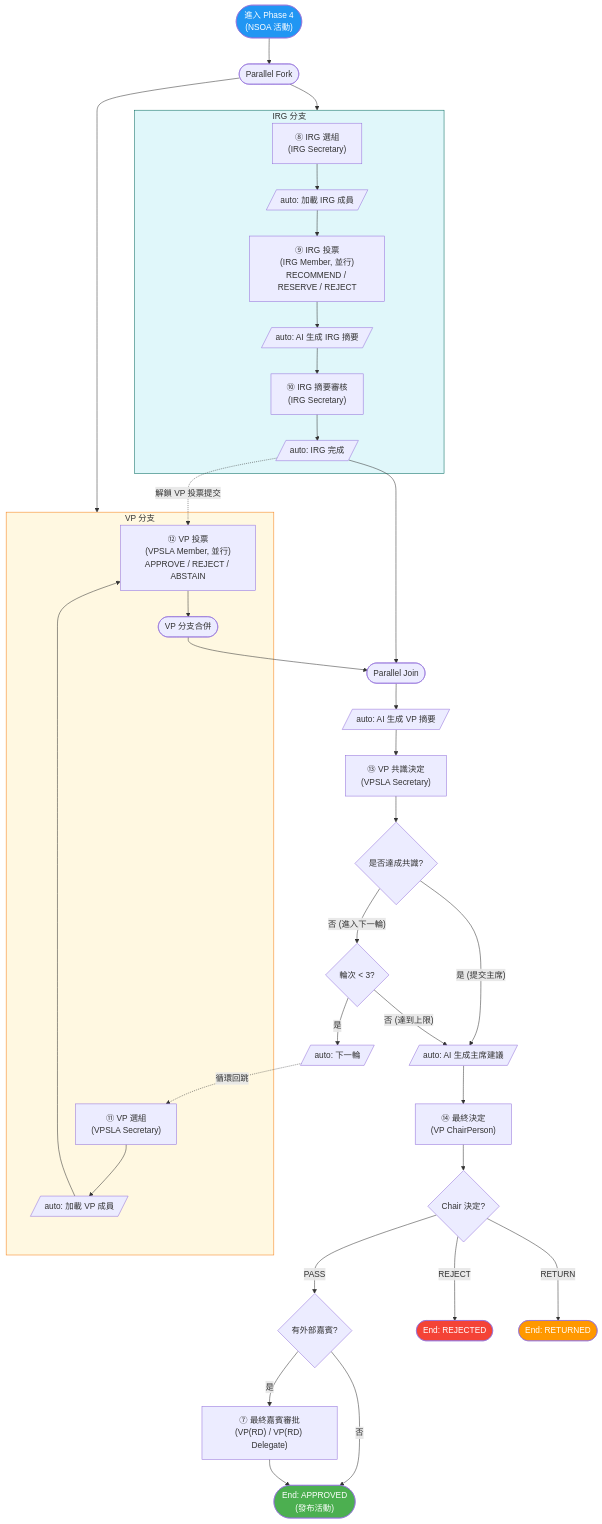
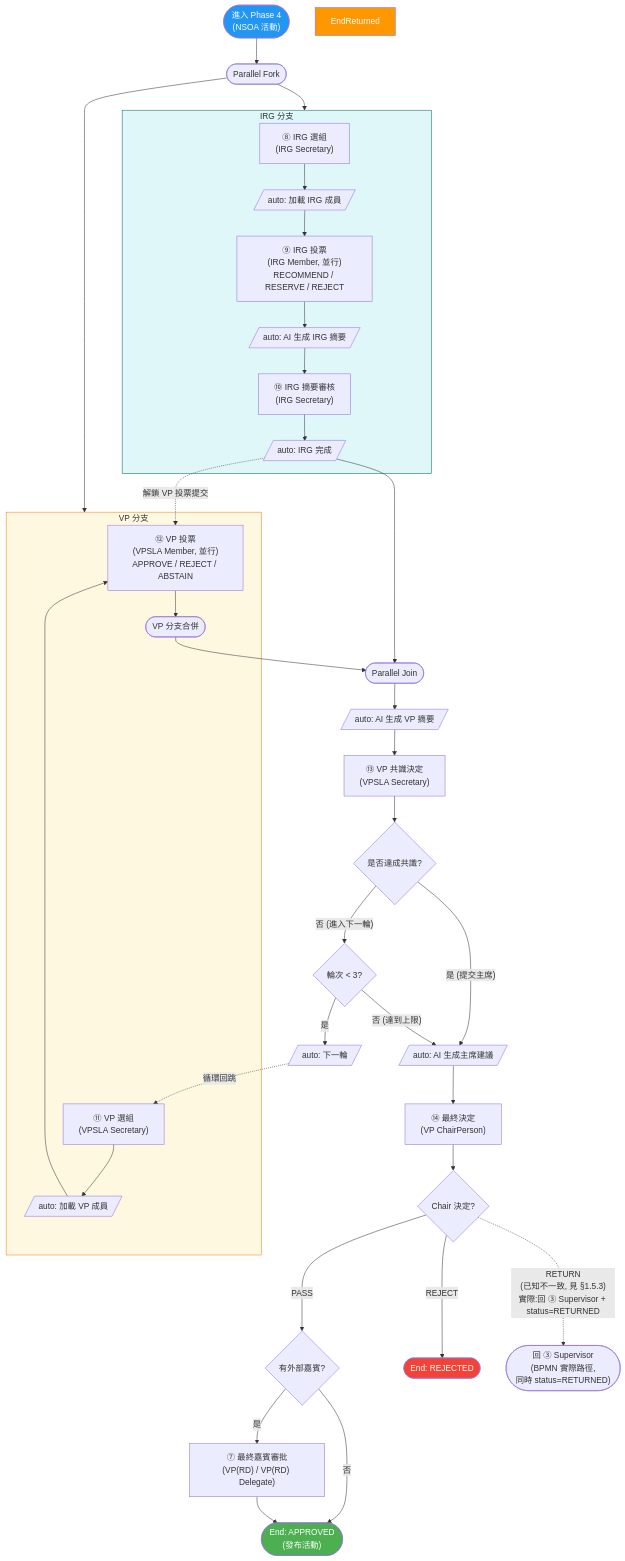
One commit to OneStar-Projects/SLAS-Docs changed the third of 3 diagrams in activity-publish-workflow-design.md. Above: the diagram before and after it, drawn with Mermaid. The commit also changed other lines of this file, not shown here.

First line of the commit message:
docs: align activity publish workflow with actual reject/return behavior

````diff
--- a/activity-publish-workflow-design.md
+++ b/activity-publish-workflow-design.md
@@ -338,54 +388,54 @@
 ```mermaid
 flowchart TD
     Entry(["進入 Phase 4<br/>(NSOA 活動)"])
     Entry --> ParallelFork(["Parallel Fork"])
 
     ParallelFork --> IRGBranch
     ParallelFork --> VPBranch
 
     subgraph IRGBranch["IRG 分支"]
         IRGSelect["⑧ IRG 選組<br/>(IRG Secretary)"]
         IRGSelect --> LoadIRG[/"auto: 加載 IRG 成員"/]
         LoadIRG --> IRGVote["⑨ IRG 投票<br/>(IRG Member, 並行)<br/>RECOMMEND / RESERVE / REJECT"]
         IRGVote --> IRGSummary[/"auto: AI 生成 IRG 摘要"/]
         IRGSummary --> IRGReview["⑩ IRG 摘要審核<br/>(IRG Secretary)"]
         IRGReview --> IRGDone[/"auto: IRG 完成"/]
     end
 
     subgraph VPBranch["VP 分支"]
         VPSelect["⑪ VP 選組<br/>(VPSLA Secretary)"]
         VPSelect --> LoadVP[/"auto: 加載 VP 成員"/]
         LoadVP --> VPVote["⑫ VP 投票<br/>(VPSLA Member, 並行)<br/>APPROVE / REJECT / ABSTAIN"]
         VPVote --> VPMerge(["VP 分支合併"])
     end
 
     IRGDone -.->|"解鎖 VP 投票提交"| VPVote
     IRGDone --> Join(["Parallel Join"])
     VPMerge --> Join
 
     Join --> VPSummary[/"auto: AI 生成 VP 摘要"/]
     VPSummary --> VPDecide["⑬ VP 共識決定<br/>(VPSLA Secretary)"]
     VPDecide --> Gate{是否達成共識?}
     Gate -->|"是 (提交主席)"| ChairAI
     Gate -->|"否 (進入下一輪)"| RoundCheck{輪次 < 3?}
     RoundCheck -->|"是"| Increment[/"auto: 下一輪"/]
     Increment -.->|"循環回跳"| VPSelect
     RoundCheck -->|"否 (達到上限)"| ChairAI
 
     ChairAI[/"auto: AI 生成主席建議"/]
     ChairAI --> Chair["⑭ 最終決定<br/>(VP ChairPerson)"]
     Chair --> FinalGate{Chair 決定?}
     FinalGate -->|"PASS"| FinalGuestCheck{有外部嘉賓?}
     FinalGate -->|"REJECT"| EndRejected(["End: REJECTED"])
-    FinalGate -->|"RETURN"| EndReturned(["End: RETURNED"])
+    FinalGate -.->|"RETURN<br/>(已知不一致, 見 §1.5.3)<br/>實際:回 ③ Supervisor + status=RETURNED"| ChairReturnNode(["回 ③ Supervisor<br/>(BPMN 實際路徑,<br/>同時 status=RETURNED)"])
     FinalGuestCheck -->|"是"| FinalGuest["⑦ 最終嘉賓審批<br/>(VP(RD) / VP(RD) Delegate)"]
     FinalGuestCheck -->|"否"| EndApproved(["End: APPROVED<br/>(發布活動)"])
     FinalGuest --> EndApproved
 
     style Entry fill:#2196F3,color:#fff
     style EndApproved fill:#4CAF50,color:#fff
     style EndRejected fill:#f44336,color:#fff
     style EndReturned fill:#FF9800,color:#fff
     style IRGBranch fill:#E0F7FA,stroke:#00695C
     style VPBranch fill:#FFF8E1,stroke:#F57F17
 ```
````
